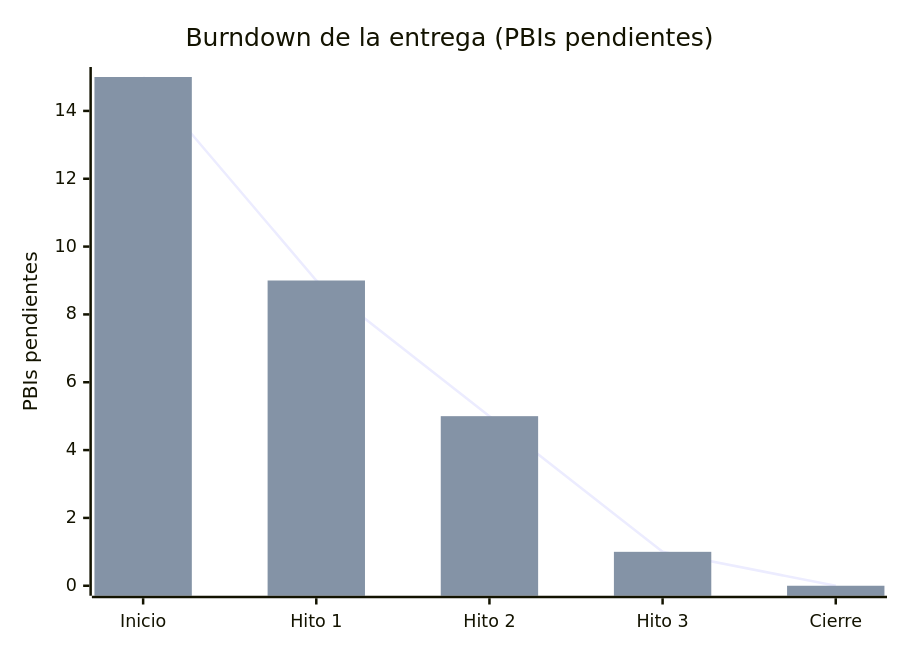
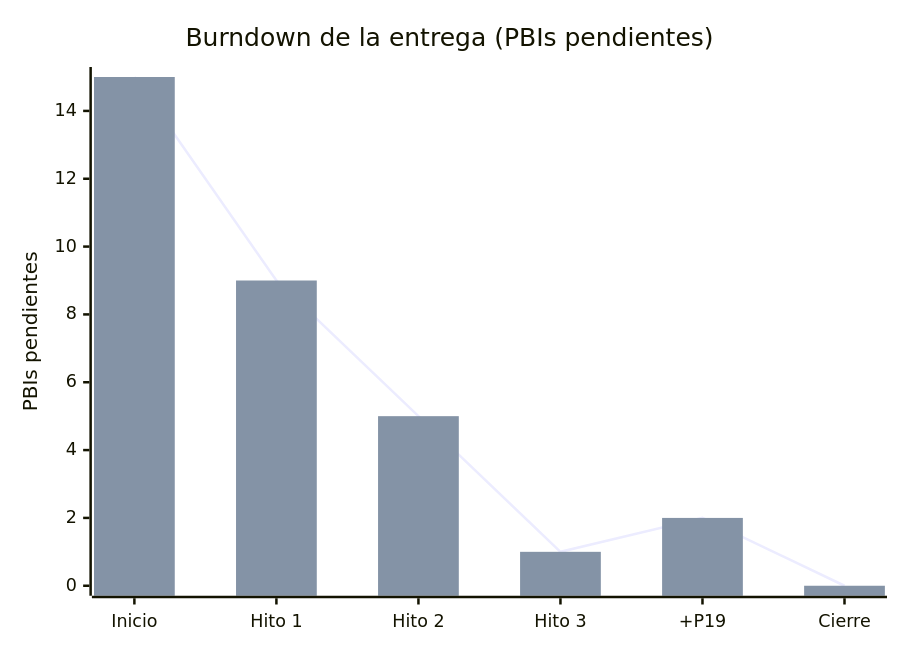
Before and after one commit to VelaElDios/la-grada-colchonera-saas: the diagram in docs/gestion/README.md, drawn with Mermaid. The commit also changed other lines of this file and 1 other file, not shown here.

````diff
--- a/docs/gestion/README.md
+++ b/docs/gestion/README.md
@@ -113,8 +103,8 @@
 ```mermaid
 xychart-beta
     title "Burndown de la entrega (PBIs pendientes)"
-    x-axis ["Inicio", "Hito 1", "Hito 2", "Hito 3", "Cierre"]
+    x-axis ["Inicio", "Hito 1", "Hito 2", "Hito 3", "+P19", "Cierre"]
     y-axis "PBIs pendientes" 0 --> 15
-    line [15, 9, 5, 1, 0]
-    bar [15, 9, 5, 1, 0]
+    line [15, 9, 5, 1, 2, 0]
+    bar [15, 9, 5, 1, 2, 0]
 ```
````
